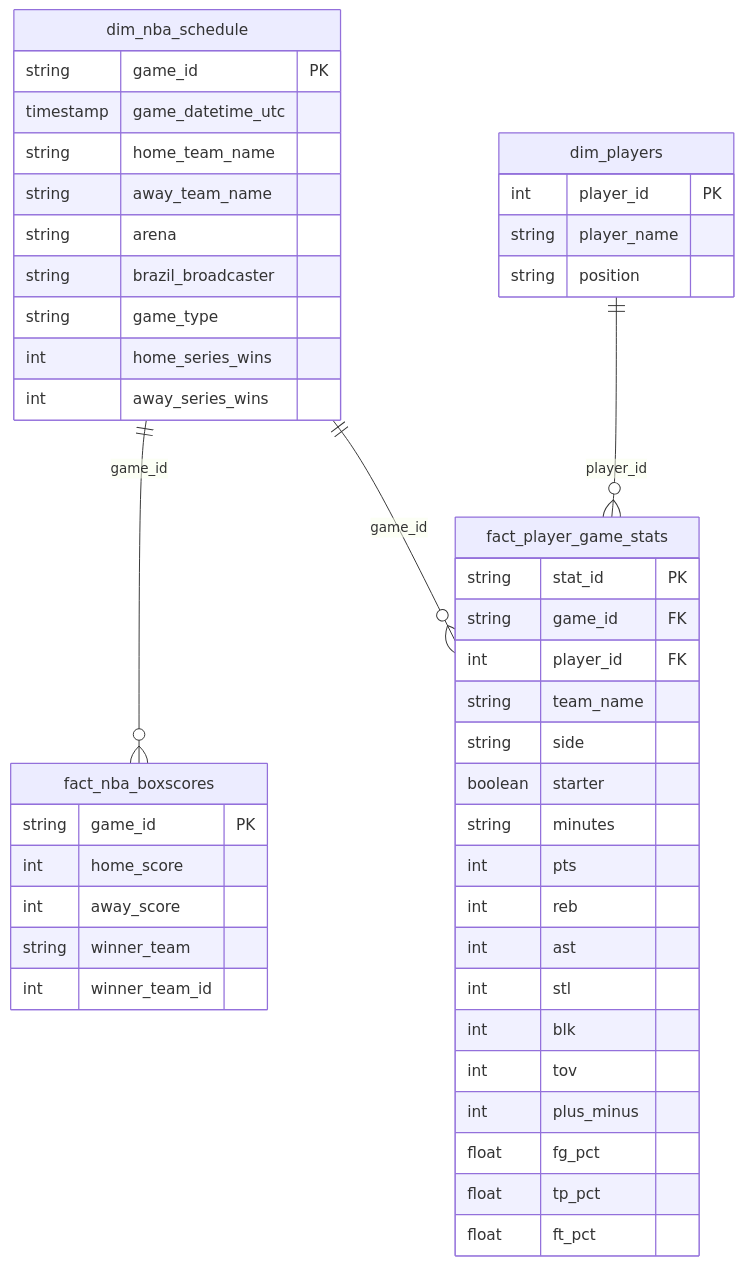
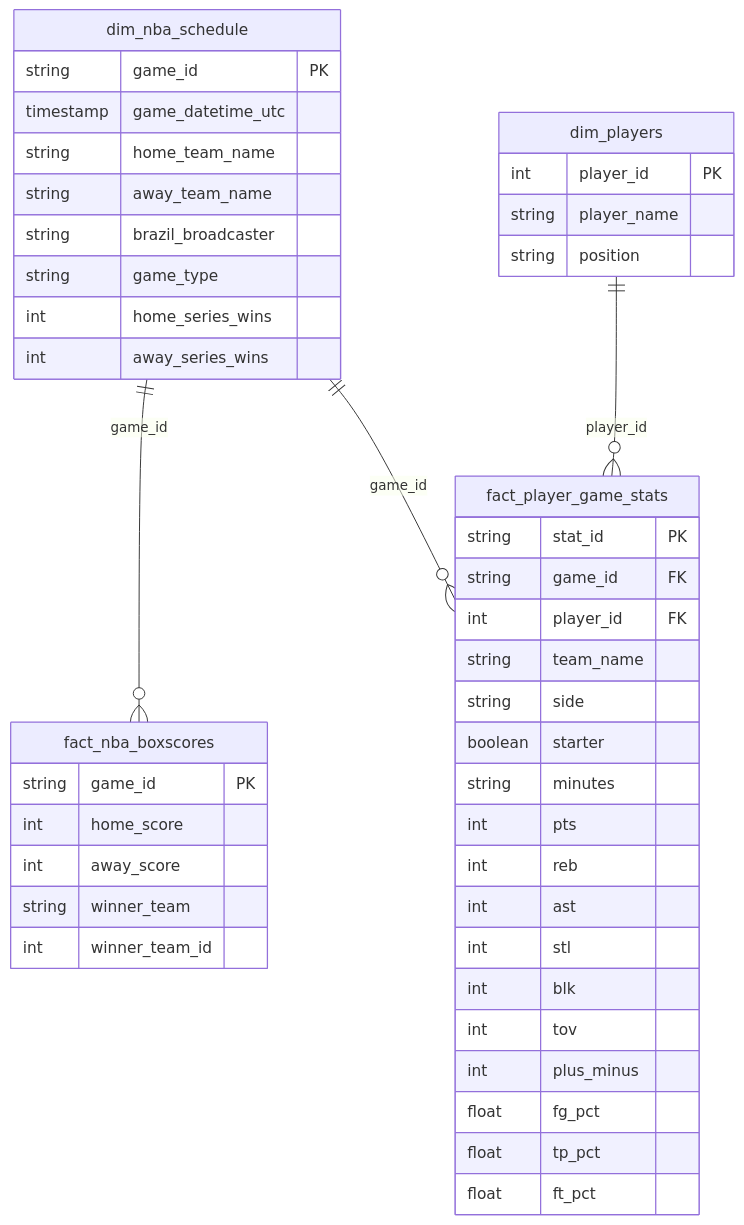
Before and after one commit to LucasEmanuell/nba_pipeline: the second of 4 diagrams in README.md, drawn with Mermaid. The commit also changed other lines of this file and 3 other files, not shown here.

````diff
--- a/README.md
+++ b/README.md
@@ -86,52 +86,51 @@
 ```mermaid
 erDiagram
     dim_nba_schedule {
         string game_id PK
         timestamp game_datetime_utc
         string home_team_name
         string away_team_name
-        string arena
         string brazil_broadcaster
         string game_type
         int home_series_wins
         int away_series_wins
     }
 
     fact_nba_boxscores {
         string game_id PK
         int home_score
         int away_score
         string winner_team
         int winner_team_id
     }
 
     dim_players {
         int player_id PK
         string player_name
         string position
     }
 
     fact_player_game_stats {
         string stat_id PK
         string game_id FK
         int player_id FK
         string team_name
         string side
         boolean starter
         string minutes
         int pts
         int reb
         int ast
         int stl
         int blk
         int tov
         int plus_minus
         float fg_pct
         float tp_pct
         float ft_pct
     }
 
     dim_nba_schedule ||--o{ fact_nba_boxscores : "game_id"
     dim_nba_schedule ||--o{ fact_player_game_stats : "game_id"
     dim_players ||--o{ fact_player_game_stats : "player_id"
 ```
````
